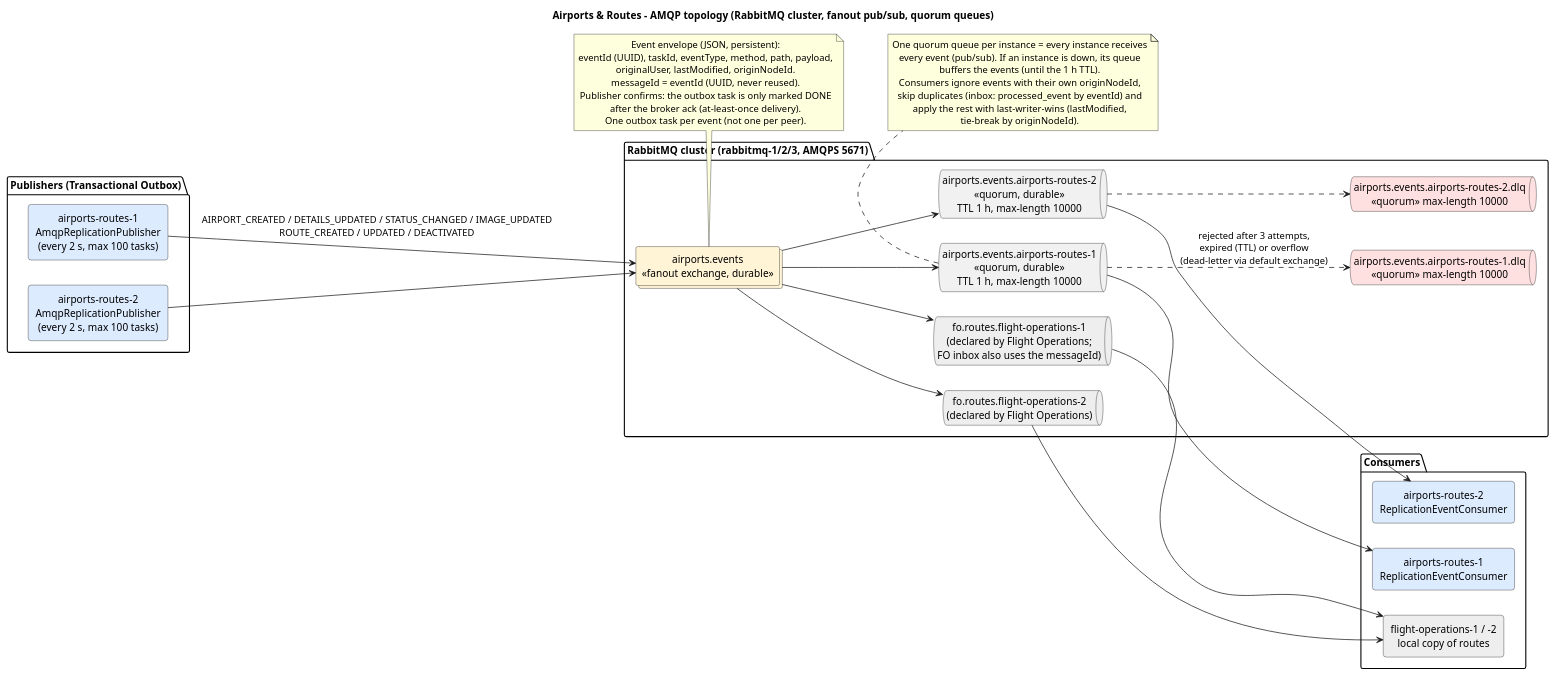
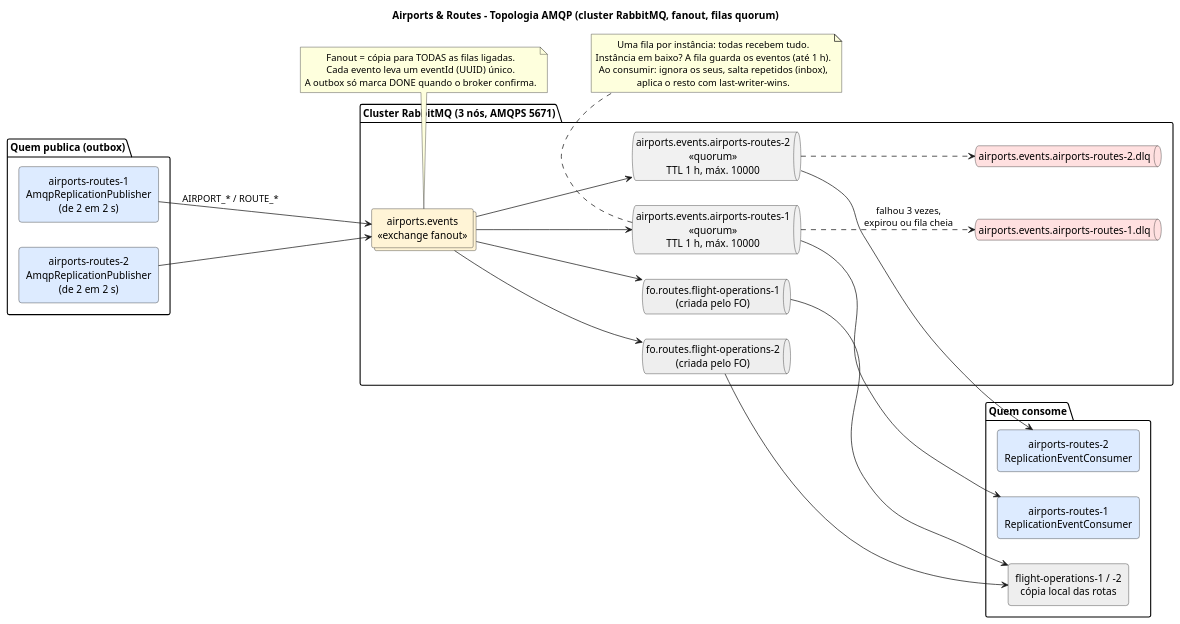
The diagram in Services/Airport e Routes/airports-routes-service/docs/E2/messaging-topology-airports-routes.puml (anamartasilvaa/SIDIG_AI_Safe), drawn with PlantUML before and after one commit. The commit also changed 31 other files, not shown here.

Commit message:
Airports: snapshot no arranque com BD vazia, 503 com BD em baixo, diagramas e READMEs da Entrega 2 atualizados

```diff
--- a/Services/Airport e Routes/airports-routes-service/docs/E2/messaging-topology-airports-routes.puml
+++ b/Services/Airport e Routes/airports-routes-service/docs/E2/messaging-topology-airports-routes.puml
@@ -1,68 +1,61 @@
 @startuml messaging-topology-airports-routes
 skinparam shadowing false
 skinparam defaultTextAlignment center
 skinparam rectangle {
   RoundCorner 8
 }
 left to right direction
-title Airports & Routes - AMQP topology (RabbitMQ cluster, fanout pub/sub, quorum queues)
+title Airports & Routes - Topologia AMQP (cluster RabbitMQ, fanout, filas quorum)
 
-package "Publishers (Transactional Outbox)" {
-  rectangle "airports-routes-1\nAmqpReplicationPublisher\n(every 2 s, max 100 tasks)" as pub1 #DDEBFF
-  rectangle "airports-routes-2\nAmqpReplicationPublisher\n(every 2 s, max 100 tasks)" as pub2 #DDEBFF
+package "Quem publica (outbox)" {
+  rectangle "airports-routes-1\nAmqpReplicationPublisher\n(de 2 em 2 s)" as pub1 #DDEBFF
+  rectangle "airports-routes-2\nAmqpReplicationPublisher\n(de 2 em 2 s)" as pub2 #DDEBFF
 }
 
-package "RabbitMQ cluster (rabbitmq-1/2/3, AMQPS 5671)" {
-  collections "airports.events\n<<fanout exchange, durable>>" as ex #FFF4D6
+package "Cluster RabbitMQ (3 nós, AMQPS 5671)" {
+  collections "airports.events\n<<exchange fanout>>" as ex #FFF4D6
 
-  queue "airports.events.airports-routes-1\n<<quorum, durable>>\nTTL 1 h, max-length 10000" as q1
-  queue "airports.events.airports-routes-2\n<<quorum, durable>>\nTTL 1 h, max-length 10000" as q2
-  queue "airports.events.airports-routes-1.dlq\n<<quorum>> max-length 10000" as dlq1 #FFE0E0
-  queue "airports.events.airports-routes-2.dlq\n<<quorum>> max-length 10000" as dlq2 #FFE0E0
+  queue "airports.events.airports-routes-1\n<<quorum>>\nTTL 1 h, máx. 10000" as q1
+  queue "airports.events.airports-routes-2\n<<quorum>>\nTTL 1 h, máx. 10000" as q2
+  queue "airports.events.airports-routes-1.dlq" as dlq1 #FFE0E0
+  queue "airports.events.airports-routes-2.dlq" as dlq2 #FFE0E0
 
-  queue "fo.routes.flight-operations-1\n(declared by Flight Operations;\nFO inbox also uses the messageId)" as qf1 #EEEEEE
-  queue "fo.routes.flight-operations-2\n(declared by Flight Operations)" as qf2 #EEEEEE
+  queue "fo.routes.flight-operations-1\n(criada pelo FO)" as qf1 #EEEEEE
+  queue "fo.routes.flight-operations-2\n(criada pelo FO)" as qf2 #EEEEEE
 }
 
-package "Consumers" {
+package "Quem consome" {
   rectangle "airports-routes-1\nReplicationEventConsumer" as c1 #DDEBFF
   rectangle "airports-routes-2\nReplicationEventConsumer" as c2 #DDEBFF
-  rectangle "flight-operations-1 / -2\nlocal copy of routes" as cf #EEEEEE
+  rectangle "flight-operations-1 / -2\ncópia local das rotas" as cf #EEEEEE
 }
 
-pub1 --> ex : AIRPORT_CREATED / DETAILS_UPDATED / STATUS_CHANGED / IMAGE_UPDATED\nROUTE_CREATED / UPDATED / DEACTIVATED
+pub1 --> ex : AIRPORT_* / ROUTE_*
 pub2 --> ex
 
 ex --> q1
 ex --> q2
 ex --> qf1
 ex --> qf2
 
 q1 --> c1
 q2 --> c2
 qf1 --> cf
 qf2 --> cf
 
-q1 ..> dlq1 : rejected after 3 attempts,\nexpired (TTL) or overflow\n(dead-letter via default exchange)
+q1 ..> dlq1 : falhou 3 vezes,\nexpirou ou fila cheia
 q2 ..> dlq2
 
 note bottom of ex
-  Event envelope (JSON, persistent):
-  eventId (UUID), taskId, eventType, method, path, payload,
-  originalUser, lastModified, originNodeId.
-  messageId = eventId (UUID, never reused).
-  Publisher confirms: the outbox task is only marked DONE
-  after the broker ack (at-least-once delivery).
-  One outbox task per event (not one per peer).
+  Fanout = cópia para TODAS as filas ligadas.
+  Cada evento leva um eventId (UUID) único.
+  A outbox só marca DONE quando o broker confirma.
 end note
 
 note bottom of q1
-  One quorum queue per instance = every instance receives
-  every event (pub/sub). If an instance is down, its queue
-  buffers the events (until the 1 h TTL).
-  Consumers ignore events with their own originNodeId,
-  skip duplicates (inbox: processed_event by eventId) and
-  apply the rest with last-writer-wins (lastModified,
-  tie-break by originNodeId).
+  Uma fila por instância: todas recebem tudo.
+  Instância em baixo? A fila guarda os eventos (até 1 h).
+  Ao consumir: ignora os seus, salta repetidos (inbox),
+  aplica o resto com last-writer-wins.
 end note
 @enduml
```
